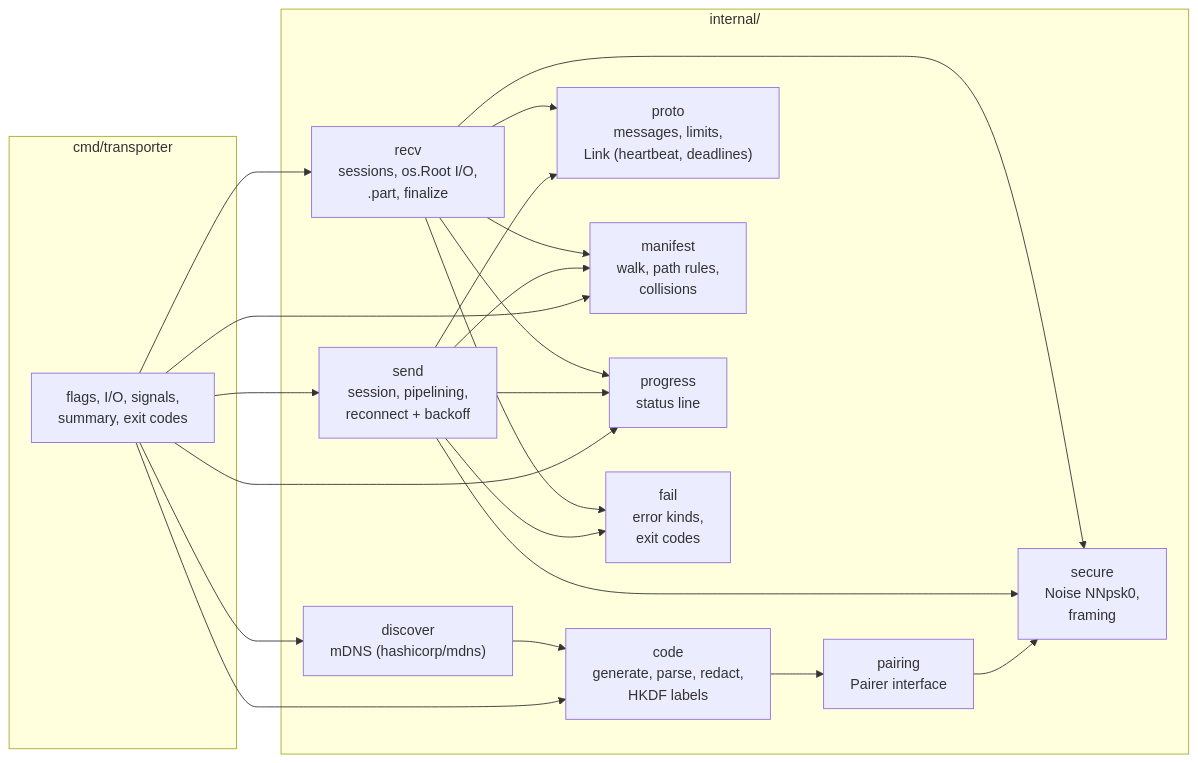
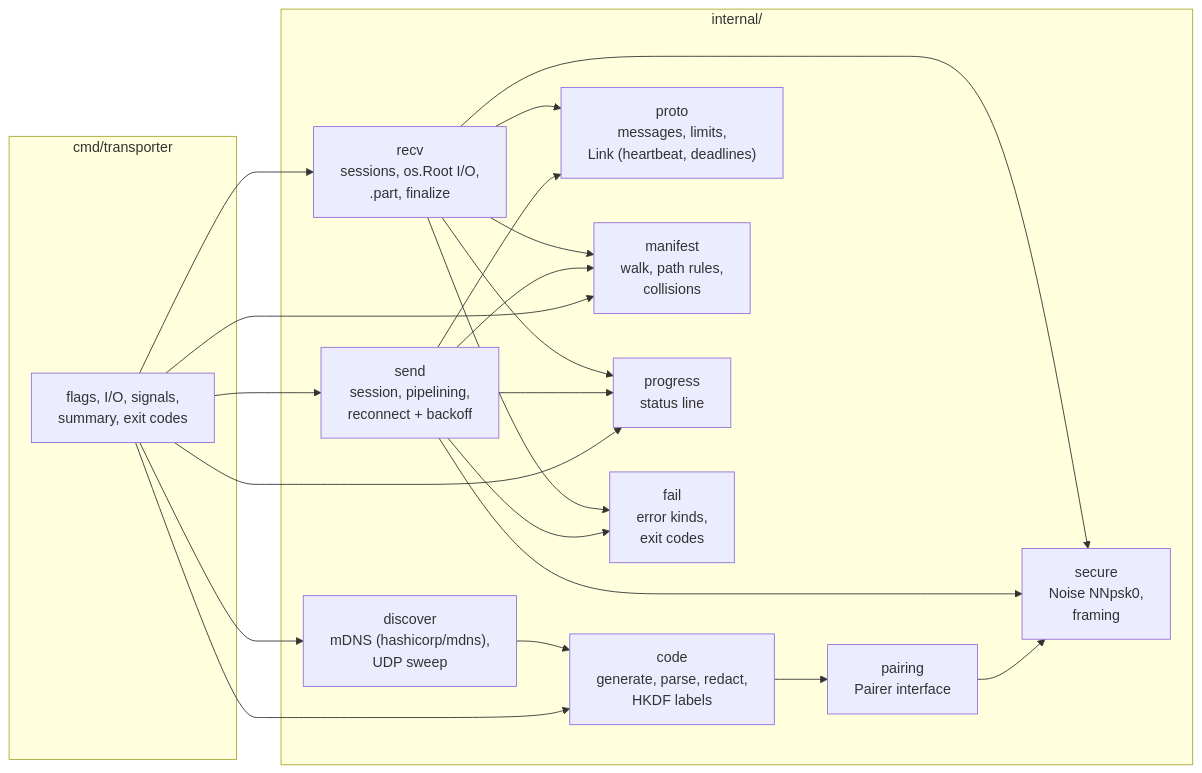
One commit to nedmchugh/transporter changed the diagram in docs/architecture.md. Above: the diagram before and after it, drawn with Mermaid. The commit also changed other lines of this file and 24 other files, not shown here.

First line of the commit message:
Find the receiver with a UDP unicast sweep when mDNS finds nothing

````diff
--- a/docs/architecture.md
+++ b/docs/architecture.md
@@ -10,23 +10,23 @@
 ```mermaid
 flowchart LR
     subgraph cli["cmd/transporter"]
         main["flags, I/O, signals,<br/>summary, exit codes"]
     end
     subgraph core["internal/"]
         code["code<br/>generate, parse, redact,<br/>HKDF labels"]
         pairing["pairing<br/>Pairer interface"]
         secure["secure<br/>Noise NNpsk0,<br/>framing"]
         proto["proto<br/>messages, limits,<br/>Link (heartbeat, deadlines)"]
         manifest["manifest<br/>walk, path rules,<br/>collisions"]
         send["send<br/>session, pipelining,<br/>reconnect + backoff"]
         recv["recv<br/>sessions, os.Root I/O,<br/>.part, finalize"]
-        discover["discover<br/>mDNS (hashicorp/mdns)"]
+        discover["discover<br/>mDNS (hashicorp/mdns),<br/>UDP sweep"]
         progress["progress<br/>status line"]
         fail["fail<br/>error kinds,<br/>exit codes"]
     end
     main --> send & recv & discover & progress & code & manifest
     code --> pairing --> secure
     send --> secure & proto & manifest & fail & progress
     recv --> secure & proto & manifest & fail & progress
     discover --> code
 ```
````
